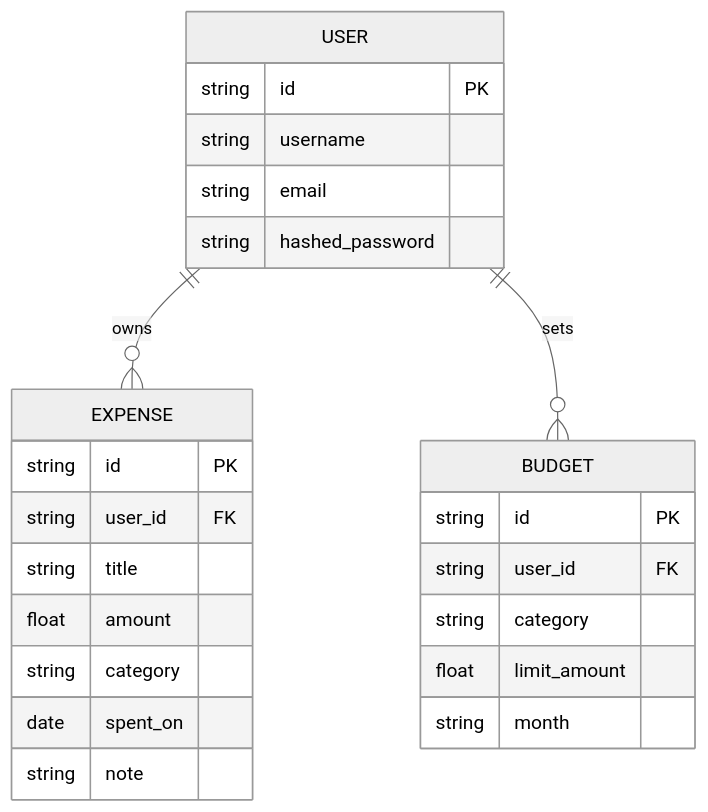
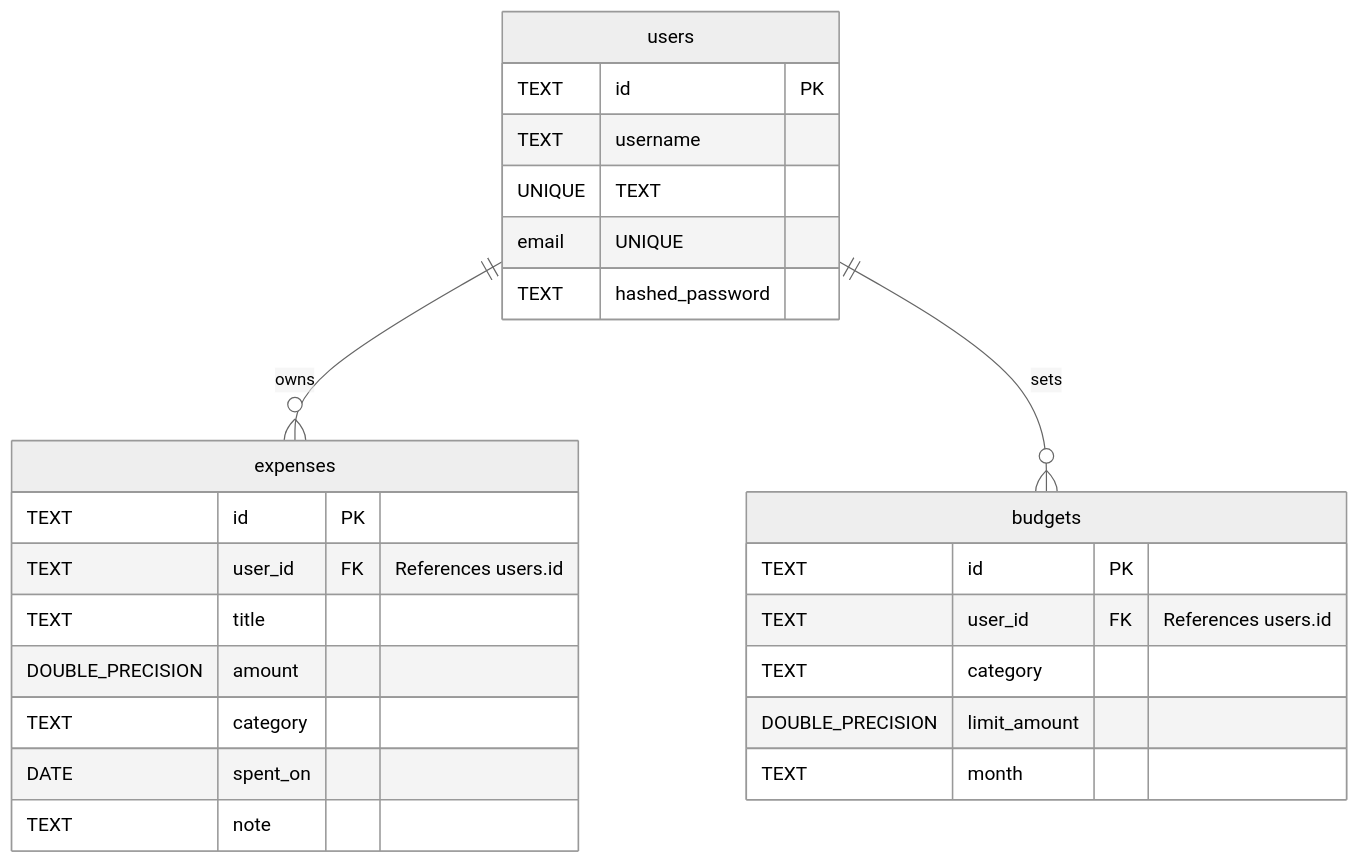
Before and after one commit to lucifer11125/Expense-tracking-and-budget-management-system-using-fast-api-: the first of 2 diagrams in DIAGRAMS.md, drawn with Mermaid (neutral theme). The commit also changed other lines of this file and 3 other files, not shown here.

Commit message:
Configure database setup for Vercel and update system diagrams

````diff
--- a/DIAGRAMS.md
+++ b/DIAGRAMS.md
@@ -5,30 +9,27 @@
 ```mermaid
 erDiagram
-    USER ||--o{ EXPENSE : owns
-    USER ||--o{ BUDGET : sets
-
-    USER {
-        string id PK
-        string username
-        string email
-        string hashed_password
+    users {
+        TEXT id PK
+        TEXT username UNIQUE
+        TEXT email UNIQUE
+        TEXT hashed_password
     }
-
-    EXPENSE {
-        string id PK
-        string user_id FK
-        string title
-        float amount
-        string category
-        date spent_on
-        string note
+    expenses {
+        TEXT id PK
+        TEXT user_id FK "References users.id"
+        TEXT title
+        DOUBLE_PRECISION amount
+        TEXT category
+        DATE spent_on
+        TEXT note
     }
-
-    BUDGET {
-        string id PK
-        string user_id FK
-        string category
-        float limit_amount
-        string month
+    budgets {
+        TEXT id PK
+        TEXT user_id FK "References users.id"
+        TEXT category
+        DOUBLE_PRECISION limit_amount
+        TEXT month
     }
+    users ||--o{ expenses : "owns"
+    users ||--o{ budgets : "sets"
 ```
````
